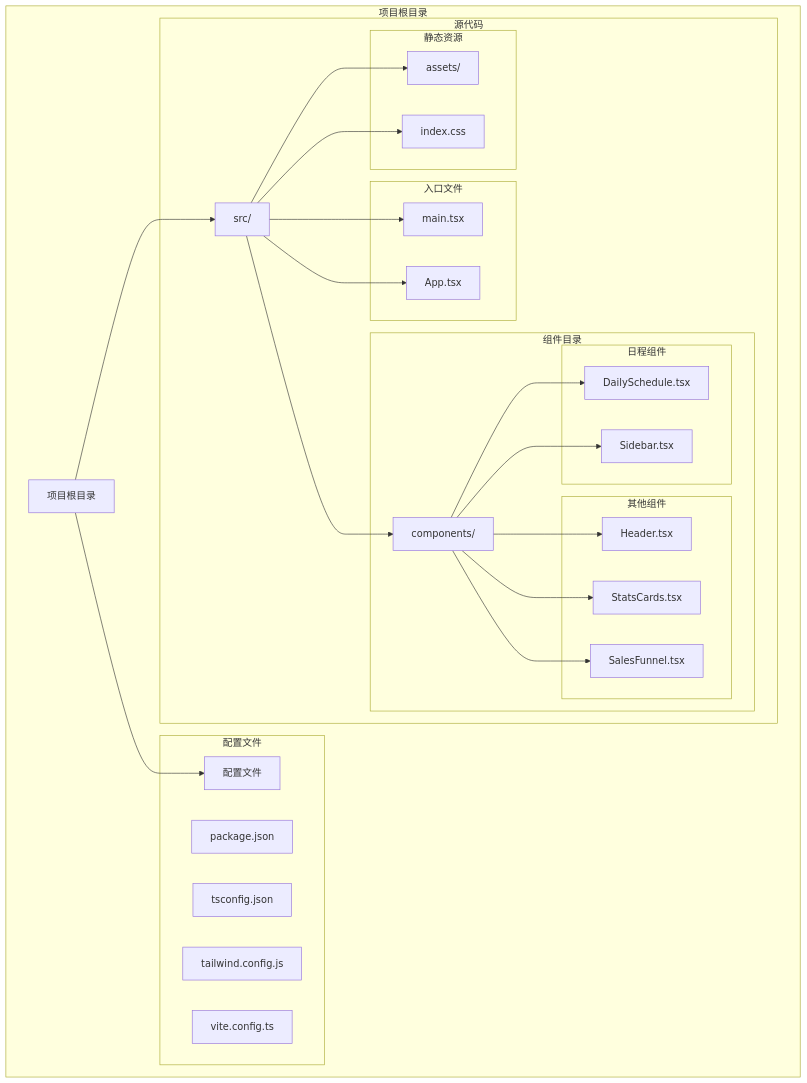
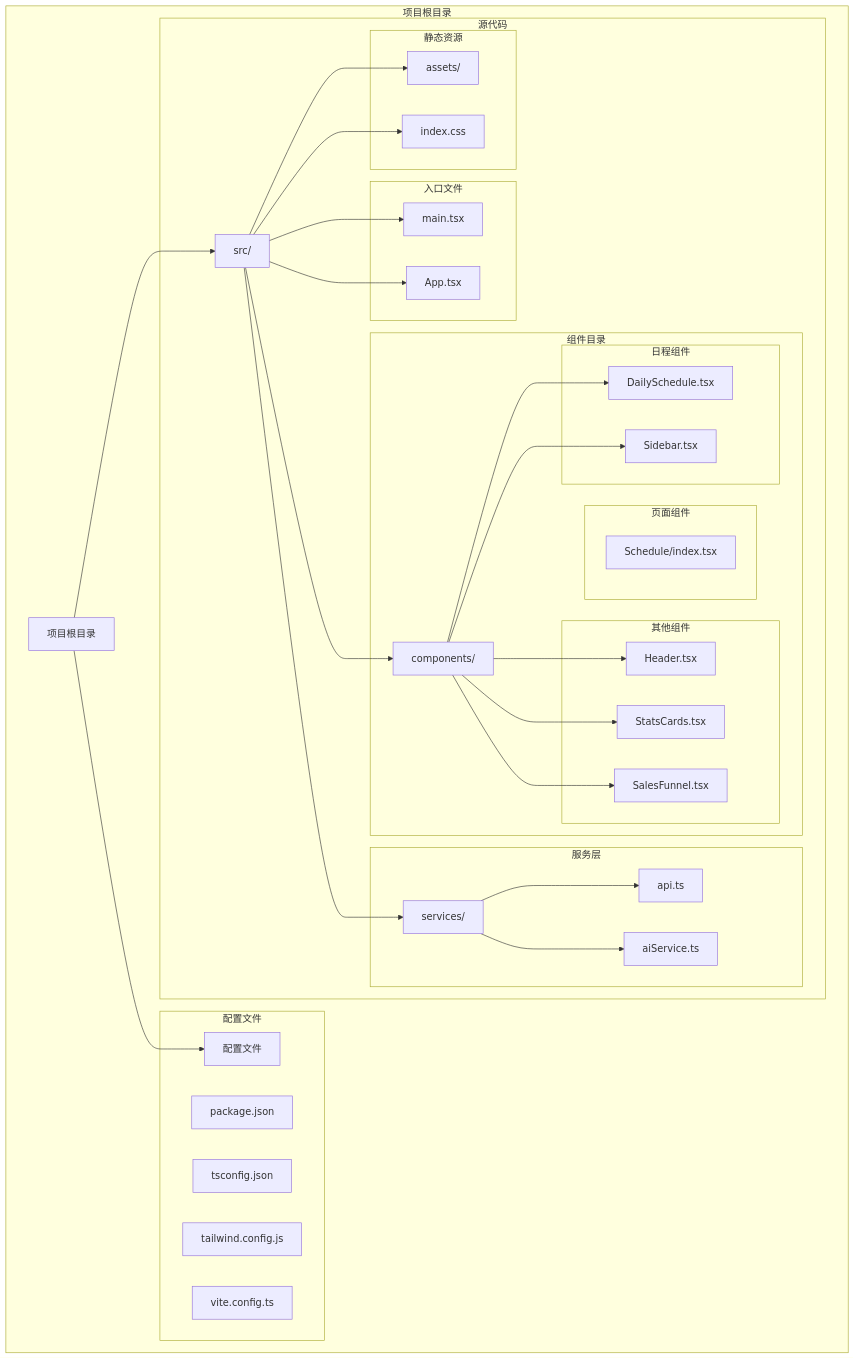
The first of 12 diagrams in .qoder/repowiki/zh/content/API参考/DailySchedule 日程管理组件.md (xianjianshenqu/SalesFlow-CRM), drawn with Mermaid before and after one commit. The commit also changed other lines of this file and 15 other files, not shown here.

````diff
--- a/.qoder/repowiki/zh/content/API参考/DailySchedule 日程管理组件.md
+++ b/.qoder/repowiki/zh/content/API参考/DailySchedule 日程管理组件.md
@@ -41,48 +59,59 @@
 ```mermaid
 graph TB
 subgraph "项目根目录"
 Root[项目根目录]
 subgraph "配置文件"
 Config[配置文件]
 Package[package.json]
 TSConfig[tsconfig.json]
 Tailwind[tailwind.config.js]
 Vite[vite.config.ts]
 end
 subgraph "源代码"
 Src[src/]
 subgraph "入口文件"
 Main[main.tsx]
 App[App.tsx]
 end
 subgraph "组件目录"
 Components[components/]
 subgraph "日程组件"
 DailySchedule[DailySchedule.tsx]
 Sidebar[Sidebar.tsx]
 end
+subgraph "页面组件"
+SchedulePage[Schedule/index.tsx]
+end
 subgraph "其他组件"
 Header[Header.tsx]
 StatsCards[StatsCards.tsx]
 SalesFunnel[SalesFunnel.tsx]
 end
+end
+subgraph "服务层"
+Services[services/]
+APIService[api.ts]
+AIService[aiService.ts]
 end
 subgraph "静态资源"
 Assets[assets/]
 CSS[index.css]
 end
 end
 end
 Root --> Config
 Root --> Src
 Src --> Main
 Src --> App
 Src --> Components
+Src --> Services
 Components --> DailySchedule
 Components --> Sidebar
 Components --> Header
 Components --> StatsCards
 Components --> SalesFunnel
+Services --> APIService
+Services --> AIService
 Src --> Assets
 Src --> CSS
 ```
````
